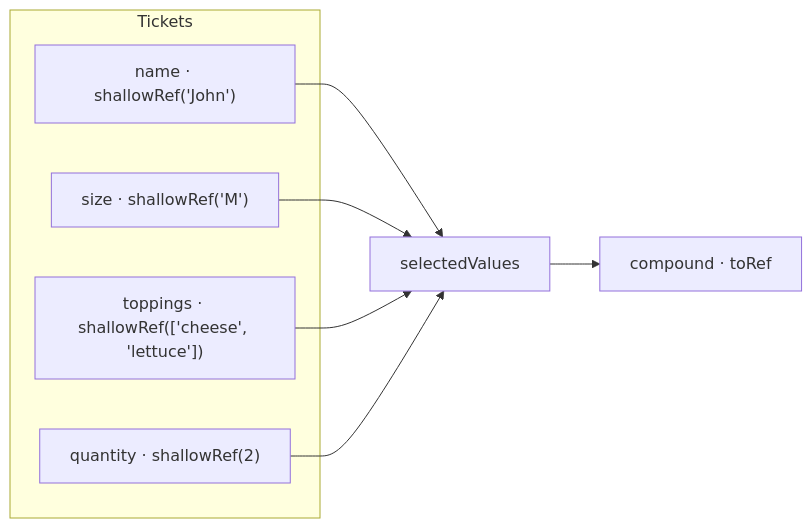
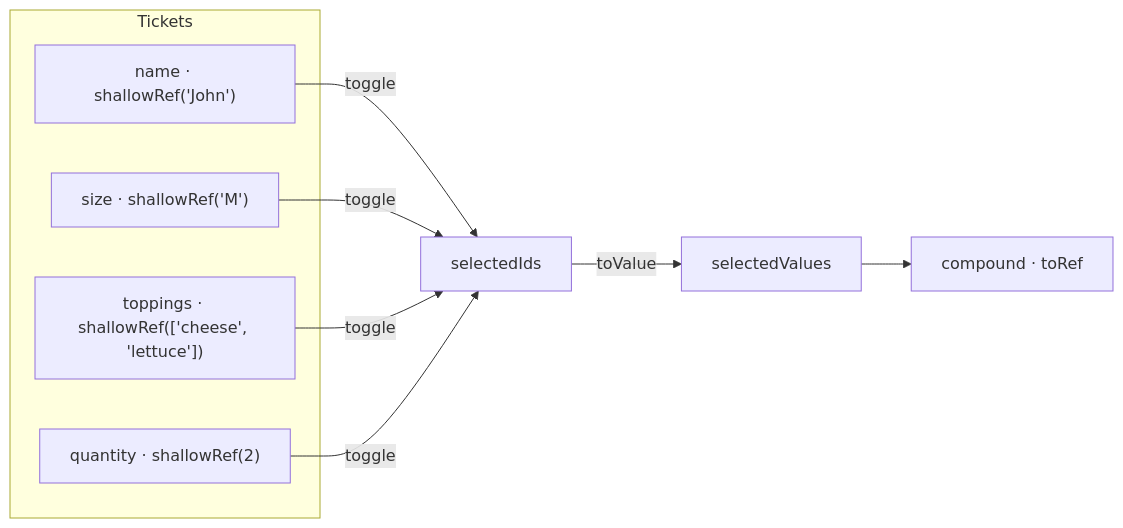
One commit to vuetifyjs/0 changed the second of 3 diagrams in apps/docs/src/pages/composables/selection/create-model.md. Above: the diagram before and after it, drawn with Mermaid. The commit also changed other lines of this file and 2 other files, not shown here.

Commit message:
fix(createModel): add dispose override, fix types and test coverage
- Override dispose() to clear selectedIds before delegating to registry
- Fix selectedValues type to reflect toValue() unwrapping (Ref<T> → T)
- Widen disabled context type to MaybeRefOrGetter to match ModelOptions
- Replace double cast (as unknown as R) with single (as R)
- Add tests for clear() and onboard()
- Fix apply test expectation to match actual browse resolution behavior
- Docs: add missing select() to usage example, fix compound Mermaid diagram

````diff
--- a/apps/docs/src/pages/composables/selection/create-model.md
+++ b/apps/docs/src/pages/composables/selection/create-model.md
@@ -86,14 +87,15 @@
 ```mermaid "Data Flow"
 flowchart LR
   subgraph Tickets
     name["name · shallowRef('John')"]
     size["size · shallowRef('M')"]
     toppings["toppings · shallowRef(['cheese', 'lettuce'])"]
     quantity["quantity · shallowRef(2)"]
   end
-  name --> selectedValues
-  size --> selectedValues
-  toppings --> selectedValues
-  quantity --> selectedValues
+  name -- "toggle" --> selectedIds
+  size -- "toggle" --> selectedIds
+  toppings -- "toggle" --> selectedIds
+  quantity -- "toggle" --> selectedIds
+  selectedIds -- "toValue" --> selectedValues
   selectedValues --> compound["compound · toRef"]
 ```
````
